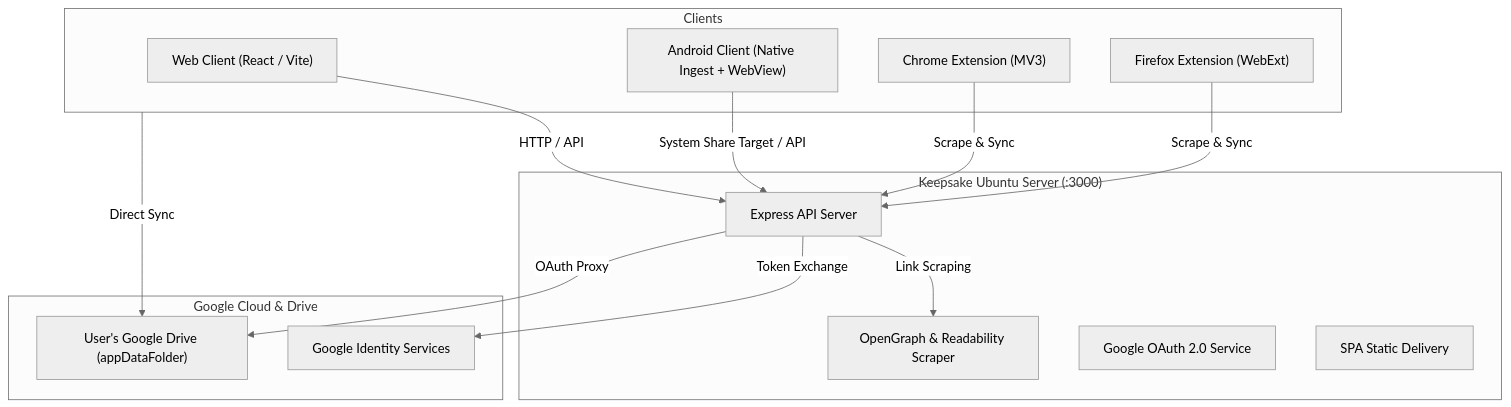
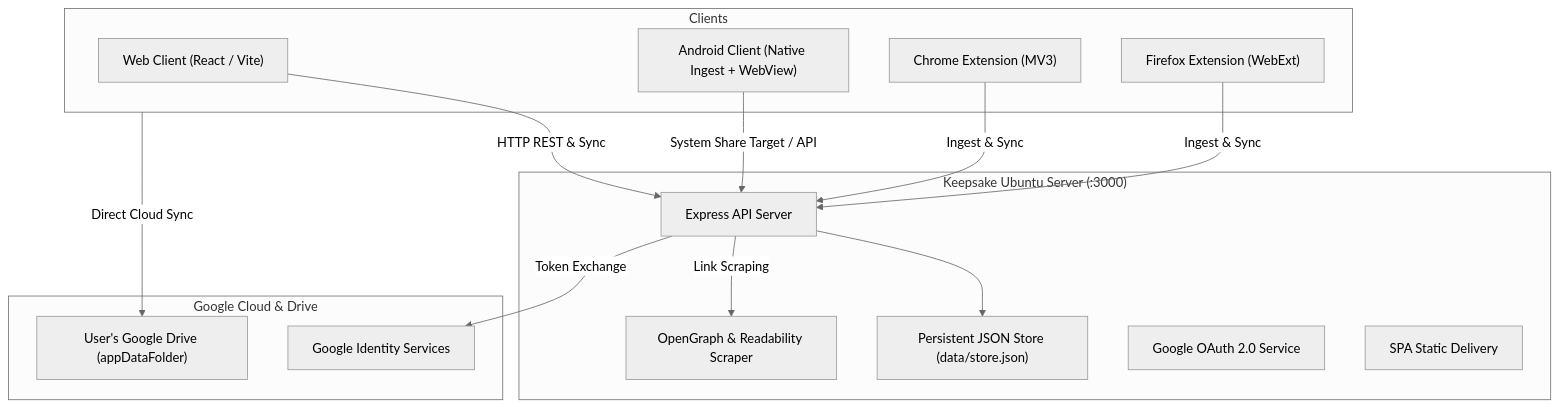
The diagram in README.md (rea-and/keepsake), drawn with Mermaid (neutral theme) before and after one commit. The commit also changed other lines of this file and 1 other file, not shown here.

````diff
--- a/README.md
+++ b/README.md
@@ -44,31 +57,32 @@
 ```mermaid
 flowchart TD
     subgraph Clients["Clients"]
         Web["Web Client (React / Vite)"]
         Android["Android Client (Native Ingest + WebView)"]
         ChromeExt["Chrome Extension (MV3)"]
         FirefoxExt["Firefox Extension (WebExt)"]
     end
 
     subgraph Server["Keepsake Ubuntu Server (:3000)"]
         Express["Express API Server"]
+        ServerStore["Persistent JSON Store (data/store.json)"]
         Scraper["OpenGraph & Readability Scraper"]
         AuthRouter["Google OAuth 2.0 Service"]
         StaticServe["SPA Static Delivery"]
     end
 
     subgraph GoogleCloud["Google Cloud & Drive"]
         GoogleOAuth["Google Identity Services"]
         GoogleDrive["User's Google Drive (appDataFolder)"]
     end
 
-    Web -->|HTTP / API| Express
+    Web -->|HTTP REST & Sync| Express
     Android -->|System Share Target / API| Express
-    ChromeExt -->|Scrape & Sync| Express
-    FirefoxExt -->|Scrape & Sync| Express
+    ChromeExt -->|Ingest & Sync| Express
+    FirefoxExt -->|Ingest & Sync| Express
 
+    Express --> ServerStore
     Express -->|Link Scraping| Scraper
     Express -->|Token Exchange| GoogleOAuth
-    Clients -->|Direct Sync| GoogleDrive
-    Express -->|OAuth Proxy| GoogleDrive
+    Clients -->|Direct Cloud Sync| GoogleDrive
 ```
````
